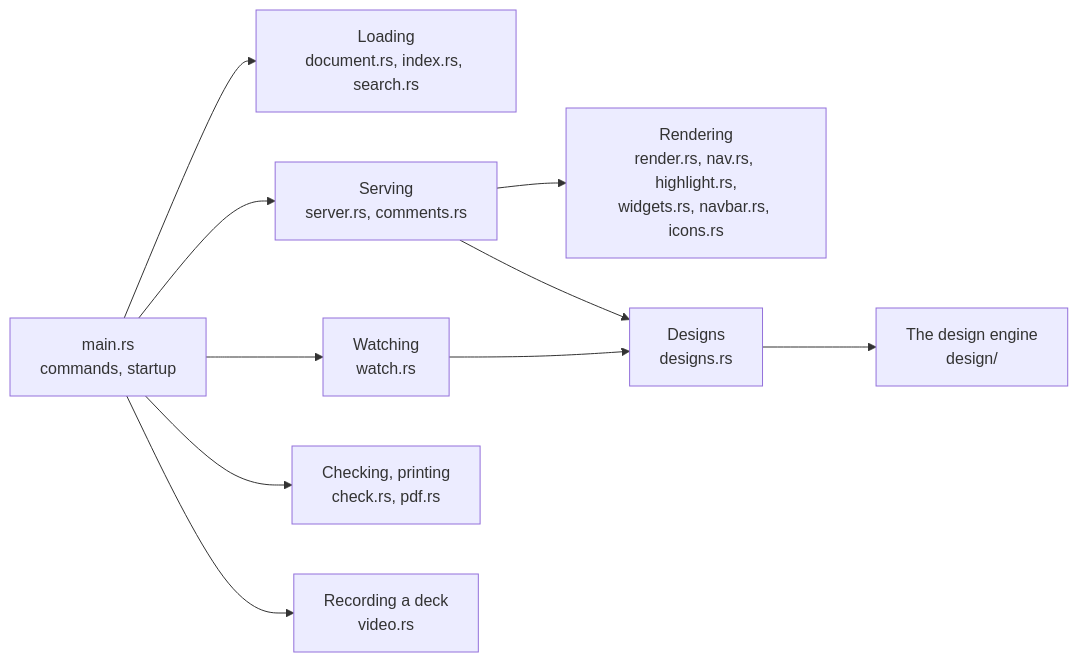
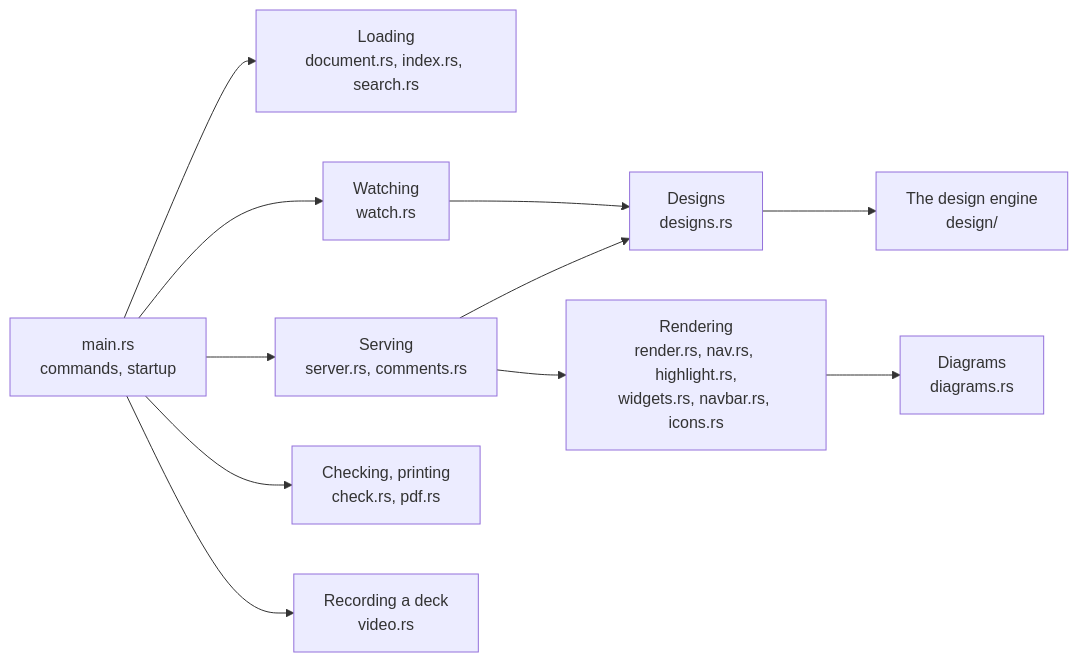
The diagram in docs/boxes/engineering/code-map/README.md (andrei512/devpage), drawn with Mermaid before and after one commit. The commit also changed other lines of this file and 19 other files, not shown here.

First line of the commit message:
Design: the server draws diagrams

````diff
--- a/docs/boxes/engineering/code-map/README.md
+++ b/docs/boxes/engineering/code-map/README.md
@@ -16,21 +16,23 @@
 ```mermaid
 flowchart LR
   main["main.rs<br/>commands, startup"] --> load["Loading<br/>document.rs, index.rs, search.rs"]
   main --> watch["Watching<br/>watch.rs"]
   main --> serve["Serving<br/>server.rs, comments.rs"]
   serve --> render["Rendering<br/>render.rs, nav.rs, highlight.rs,<br/>widgets.rs, navbar.rs, icons.rs"]
+  render --> diagrams["Diagrams<br/>diagrams.rs"]
   main --> other["Checking, printing<br/>check.rs, pdf.rs"]
   main --> video["Recording a deck<br/>video.rs"]
   watch --> designs["Designs<br/>designs.rs"]
   serve --> designs
   designs --> engine["The design engine<br/>design/"]
   click main href "#how-main-wires-it-together" "How main wires it together"
   click load href "../../viewer/document-index/README.md" "Which document a file belongs to"
   click watch href "../../viewer/live-updates/README.md#the-watcher" "The watcher"
   click serve href "../../viewer/serving-pages/README.md" "Serving pages"
   click render href "../../viewer/rendering-a-page/README.md" "Rendering a page"
+  click diagrams href "../../viewer/diagrams/README.md#the-diagram-engine" "The diagram engine"
   click other href "../../viewer/checking-links/README.md" "Checking links"
   click video href "../../viewer/making-a-video/README.md" "Making a video"
   click designs href "../../viewer/design-engine/README.md#in-the-server" "The design engine in the server"
   click engine href "../../viewer/design-engine/README.md" "The design engine"
 ```
````
